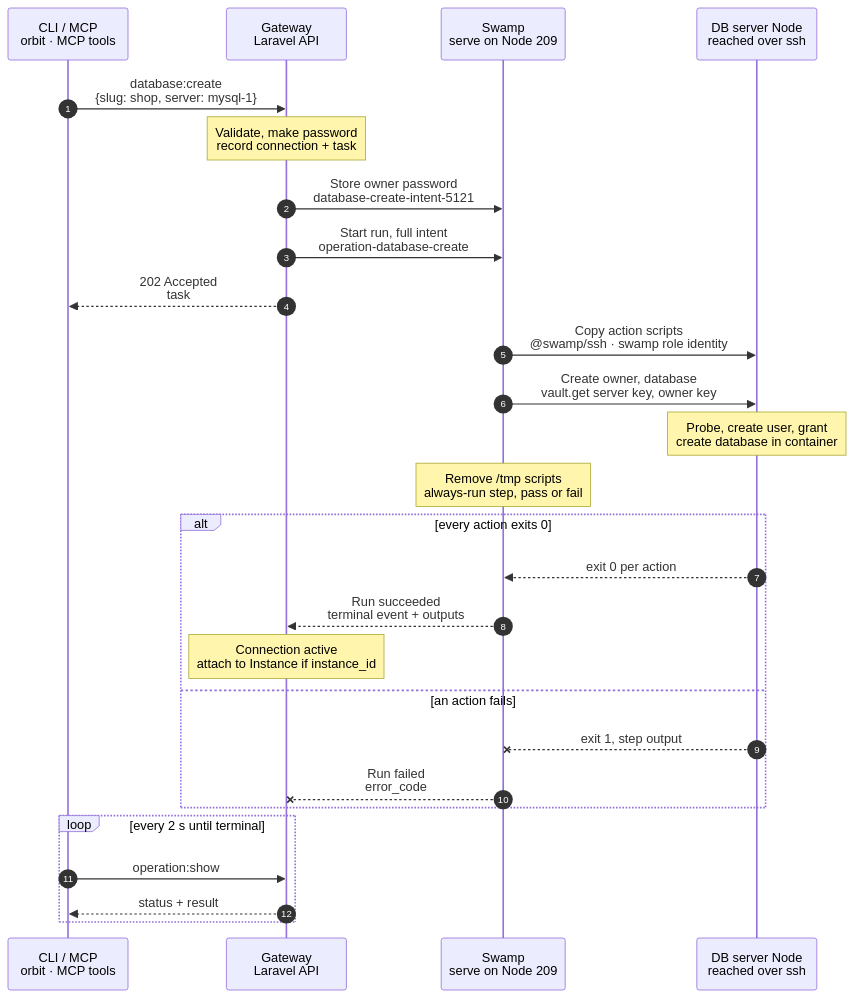
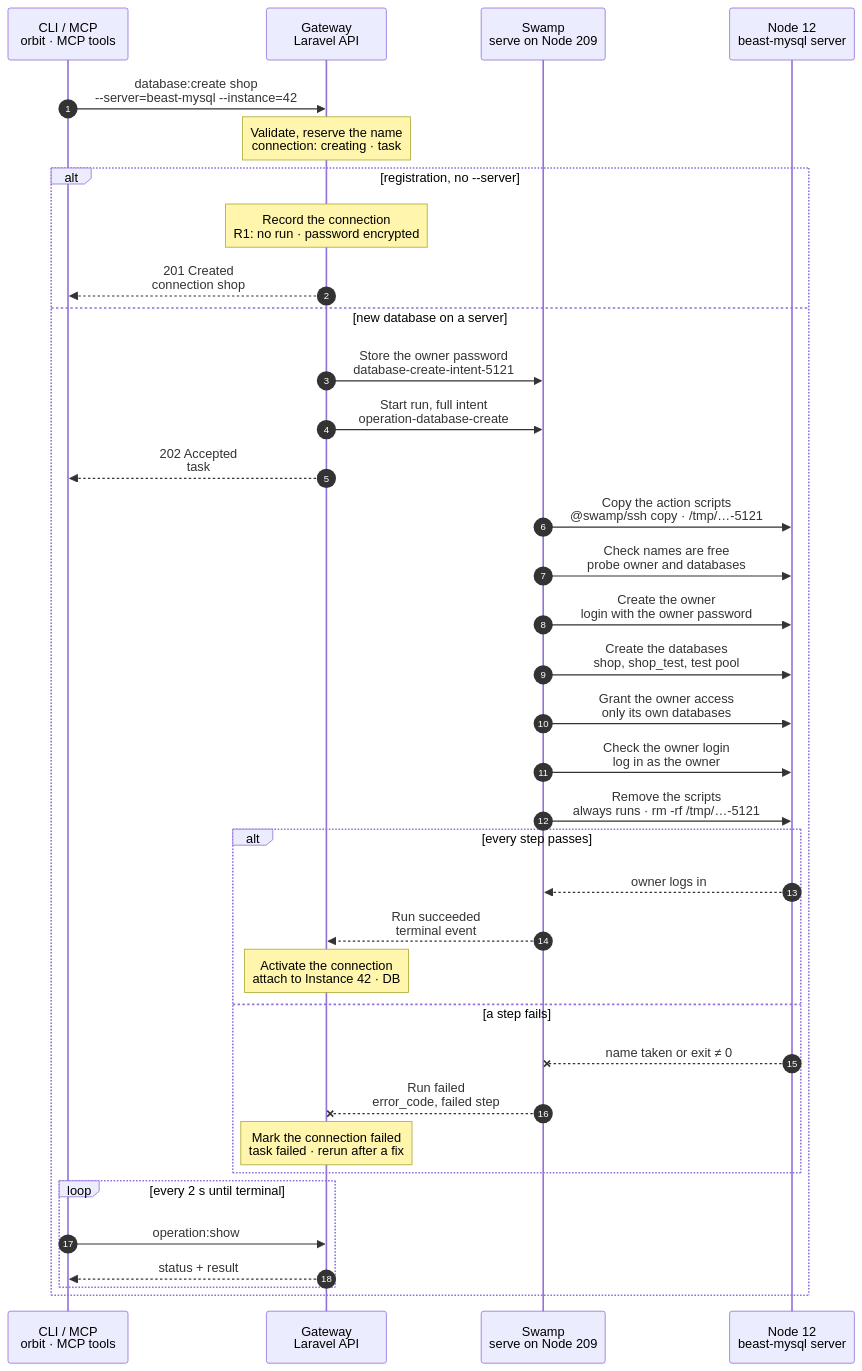
The diagram in docs/flows/database.create.mmd (hardimpactdev/orbit), drawn with Mermaid before and after one commit. The commit also changed 8 other files, not shown here.

First line of the commit message:
docs(flows): wave 4 database charts (#2437)

```diff
--- a/docs/flows/database.create.mmd
+++ b/docs/flows/database.create.mmd
@@ -1,33 +1,151 @@
 sequenceDiagram
-  %% Target design: ADR 0244 task + single-swamp-node; DECISIONS R3 (root password by server vault key), 5 (swamp role SSH identity), round 2 bugs (always-run cleanup).
+  %% Target design: ADR 0244 task, DECISIONS R1-R4, 5 (swamp role SSH identity), round 2 bugs (server admin password by its own vault key, cleanup on pass or fail). docs/reference/database-servers.md.
   %% status: draft
+  %% command: database:create
   autonumber
   %% lane CLI icon=terminal pill=caller tone=gray
   %% lane GW icon=gateway pill=intent tone=blue
   %% lane SW icon=workflow pill=executes tone=green
   %% lane N icon=server pill=target tone=amber
   participant CLI as CLI / MCP<br/>orbit · MCP tools
   participant GW as Gateway<br/>Laravel API
   participant SW as Swamp<br/>serve on Node 209
-  participant N as DB server Node<br/>reached over ssh
-  CLI->>GW: database:create<br/>{slug: shop, server: mysql-1}
-  Note over GW: Validate, make password<br/>record connection + task
-  GW->>SW: Store owner password<br/>database-create-intent-5121
-  GW->>SW: Start run, full intent<br/>operation-database-create
-  GW-->>CLI: 202 Accepted<br/>task #5121
-  SW->>N: Copy action scripts<br/>@swamp/ssh · swamp role identity
-  SW->>N: Create owner, database<br/>vault.get server key, owner key
-  Note over N: Probe, create user, grant<br/>create database in container
-  Note over SW: Remove /tmp scripts<br/>always-run step, pass or fail
-  alt every action exits 0
-    N-->>SW: exit 0 per action
-    SW-->>GW: Run succeeded<br/>terminal event + outputs
-    Note over GW: Connection active<br/>attach to Instance if instance_id
-  else an action fails
-    N--xSW: exit 1, step output
-    SW--xGW: Run failed<br/>error_code
+  participant N as Node 12<br/>beast-mysql server
+  CLI->>GW: database:create shop<br/>--server=beast-mysql --instance=42
+  %%> Command:
+  %%> - `orbit database:create shop --server=beast-mysql --instance=42`
+  %%> - syntax: `<slug> --server=SERVER [--instance=ID] [--locale=C|C.UTF-8] [--test-processes=N]`
+  %%> - or, to register an existing database: `<slug> --driver=DRIVER [--host=HOST] [--port=PORT] [--database=NAME] [--path=PATH] [--username=USER] [--password=SECRET] [--node=NODE]`
+  %%> - on a Valkey server: `<slug> --server=SERVER --pattern=PATTERN ... --allow=RULE ... [--database=INDEX]`
+  %%> Input:
+  %%> - the connection slug as the argument: lowercase kebab, at most 63 characters
+  %%> - with `--server`: the Database server that gets the new database
+  %%> - with `--instance`: the Instance that owns the database and gets it attached under prefix `DB`
+  %%> Who can call it:
+  %%> - the `orbit` CLI and the MCP tool send the same request
+  Note over GW: Validate, reserve the name<br/>connection: creating · task #5121
+  %%> Requirements:
+  %%> - the slug `shop` is free (`database.slug_conflict`)
+  %%> - with `--server`: Database server `beast-mysql` is active, and your Node has an access grant to Node 12
+  %%> - with `--instance`: Instance 42 exists, and the server is MySQL or PostgreSQL (`database.driver_unsupported` for Valkey)
+  %%> - `--locale` and `--test-processes` only on PostgreSQL; `--pattern` and `--allow` only on Valkey
+  %%> - no database removal runs on `beast-mysql`; the Gateway holds one lock per Database server
+  %%> Builds:
+  %%> - the names from the slug: database `shop`, test database `shop_test`, owner `<project>_<instance>`
+  %%> - a new owner password, or the existing one when Instance 42 already has an owner on this server
+  %%> Decides:
+  %%> - whether this is a registration of an existing database, or a new database on a server
+  alt registration, no --server
+    Note over GW: Record the connection<br/>R1: no run · password encrypted
+    %%> When:
+    %%> - `--driver` registers a database that already exists, for example on another host or a SQLite file
+    %%> Result:
+    %%> - connection `shop` is recorded, with its password encrypted
+    %%> - no task and no Swamp run start (R1); nothing changes on any Node
+    GW-->>CLI: 201 Created<br/>connection shop
+    %%> What you get:
+    %%> - the connection record at once; there is nothing to follow
+  else new database on a server
+    GW->>SW: Store the owner password<br/>database-create-intent-5121
+    %%> What it does:
+    %%> - puts the owner password into the Swamp vault on Node 209, after the task is committed (R3)
+    %%> Not included:
+    %%> - the server's admin password; it is already in the vault under the server's own key `database-server-3-admin`
+    %%> Why:
+    %%> - secrets go Gateway → vault → step; workflow inputs carry only vault key names
+    GW->>SW: Start run, full intent<br/>operation-database-create
+    %%> What it does:
+    %%> - starts one Swamp run on serve (Node 209)
+    %%> Inputs:
+    %%> - the driver, database names, owner name, test pool size and locale
+    %%> - the vault key names `database-create-intent-5121` and `database-server-3-admin`
+    %%> - Node 12's address and SSH host keys; the SSH identity comes from the `swamp` role
+    GW-->>CLI: 202 Accepted<br/>task #5121
+    %%> What you get:
+    %%> - the task number, at once
+    %%> Next:
+    %%> - the CLI follows the task with `operation:show`
+    SW->>N: Copy the action scripts<br/>@swamp/ssh copy · /tmp/…-5121
+    %%> How:
+    %%> - Swamp reaches Node 12 over SSH from 209 with the official `@swamp/ssh` behavior
+    %%> - the SSH identity is the one the `swamp` role owns, at its one role-defined place
+    %%> What it does:
+    %%> - copies the shipped action scripts into `/tmp/orbit-database-create-5121`
+    SW->>N: Check names are free<br/>probe owner and databases
+    %%> What it does:
+    %%> - checks that the database names and the owner are unused, or already belong to this connection
+    %%> Refuses:
+    %%> - a name the server already has for something else (`database.name_conflict`); nothing changes
+    %%> How:
+    %%> - each script runs the fixed `mysql`, `psql` or Valkey client inside the server container
+    %%> - the step reads both passwords with `vault.get` and passes them on standard input, never in argv
+    SW->>N: Create the owner<br/>login with the owner password
+    %%> What it does:
+    %%> - creates the owner login, or keeps it when it already exists with this password
+    %%> Per driver:
+    %%> - MySQL, PostgreSQL: one owner per Instance on a server; a second database for Instance 42 reuses it
+    %%> - Valkey: `ACL SETUSER shop reset on #<hash> resetchannels ~<pattern> -@all +<rule> -@admin -@dangerous`
+    SW->>N: Create the databases<br/>shop, shop_test, test pool
+    %%> What it does:
+    %%> - creates the primary database, and with `--instance` the test database
+    %%> Per driver:
+    %%> - PostgreSQL: also `shop_test_test_1` to `_8`, with the chosen locale and `TEMPLATE template0`
+    %%> - Valkey: no database; the connection records index 1, checked against the live server
+    SW->>N: Grant the owner access<br/>only its own databases
+    %%> What it does:
+    %%> - grants the owner its databases and test databases, nothing else
+    %%> Per driver:
+    %%> - MySQL: one grant per database, plus one for the test prefix
+    %%> - PostgreSQL: revokes PUBLIC access, then grants the public schema to the owner
+    %%> - Valkey: `ACL SAVE`, so the user survives a restart
+    SW->>N: Check the owner login<br/>log in as the owner
+    %%> What it does:
+    %%> - logs in as the owner and checks it reaches each new database
+    %%> Why:
+    %%> - the connection only counts as active when the server accepts it
+    SW->>N: Remove the scripts<br/>always runs · rm -rf /tmp/…-5121
+    %%> When:
+    %%> - always, after the steps above, whether they passed or failed
+    %%> What it does:
+    %%> - removes `/tmp/orbit-database-create-5121`, so no scripts stay on Node 12
+    %%> If it fails:
+    %%> - the task result does not change; the directory holds no secrets
+    alt every step passes
+      N-->>SW: owner logs in
+      %%> Returns:
+      %%> - the check passed for every database
+      SW-->>GW: Run succeeded<br/>terminal event
+      %%> How the Gateway learns it:
+      %%> - its shared run reader sees the terminal event; Swamp never calls the Gateway
+      Note over GW: Activate the connection<br/>attach to Instance 42 · DB
+      %%> Result:
+      %%> - connection `shop` becomes active, linked to `beast-mysql`, with Node 12's address and port
+      %%> - with `--instance`: Instance 42 owns it and gets its `DB_*` keys; run `env:sync` to install them
+      %%> - task #5121 succeeds
+    else a step fails
+      N--xSW: name taken or exit ≠ 0
+      %%> When:
+      %%> - a name is taken, SQL fails, SSH fails, or the owner cannot log in
+      SW--xGW: Run failed<br/>error_code, failed step
+      %%> The Gateway reads:
+      %%> - which step failed and its error code
+      Note over GW: Mark the connection failed<br/>task failed · rerun after a fix
+      %%> Result:
+      %%> - connection `shop` stays reserved, marked failed, with its encrypted owner password
+      %%> - task #5121 fails
+      %%> On the Node:
+      %%> - an owner or database created before the failure stays; there is no rollback
+      %%> - that is safe: the name check accepts objects that already belong to this connection
+      %%> Retry:
+      %%> - run the same command again; it reuses the reservation and finishes the missing steps
+      %%> - a changed request is a conflict (`database.slug_conflict`)
+    end
+    loop every 2 s until terminal
+      CLI->>GW: operation:show #5121
+      %%> What it does:
+      %%> - asks for the task's status every 2 seconds until it has ended
+      GW-->>CLI: status + result
+      %%> Returns:
+      %%> - the current status, and the result once the task has ended
+    end
   end
-  loop every 2 s until terminal
-    CLI->>GW: operation:show #5121
-    GW-->>CLI: status + result
-  end
```
